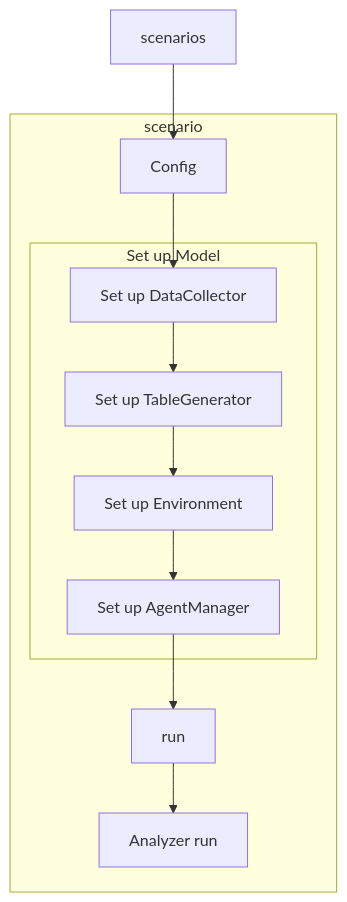
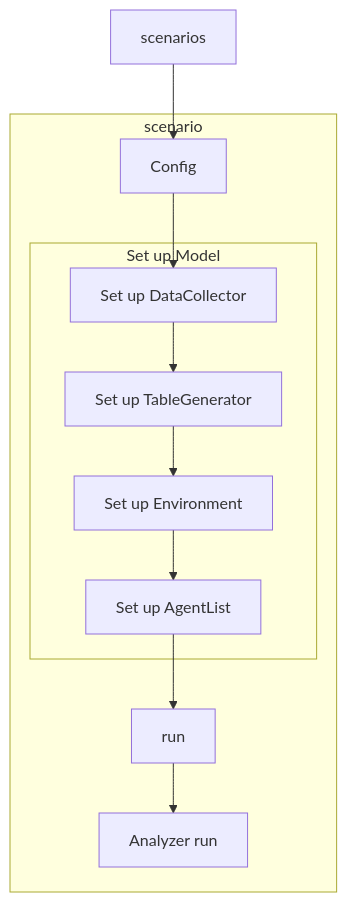
The fourth of 4 diagrams in docs/source/advancedtutorial/arch.md (ABM4ALL/Melodie), drawn with Mermaid before and after one commit. The commit also changed other lines of this file and 26 other files, not shown here.

````diff
--- a/docs/source/advancedtutorial/arch.md
+++ b/docs/source/advancedtutorial/arch.md
@@ -122,22 +122,22 @@
 ```mermaid
 graph TB
 scenarios -->config
 
 subgraph scenario
 config[Config]
 env[Set up Environment]
 dc[Set up DataCollector]
 tg[Set up TableGenerator]
 
-am[Set up AgentManager]
+am[Set up AgentList]
 subgraph model[Set up Model]
 dc-->tg-->env-->am
 end
 
 config-->dc
 
 am-->run
 
 run-->analyzer[Analyzer run]
 end
 ```
````
